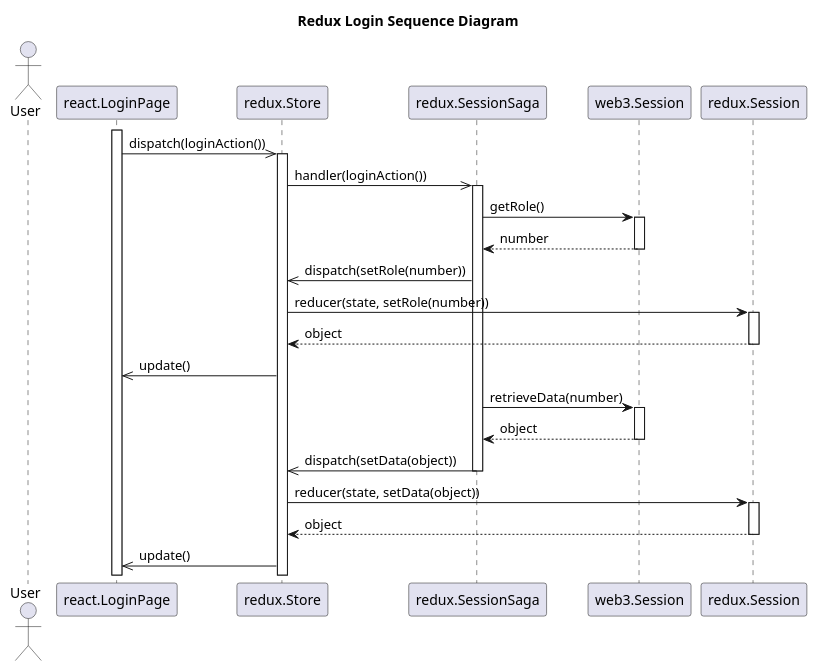
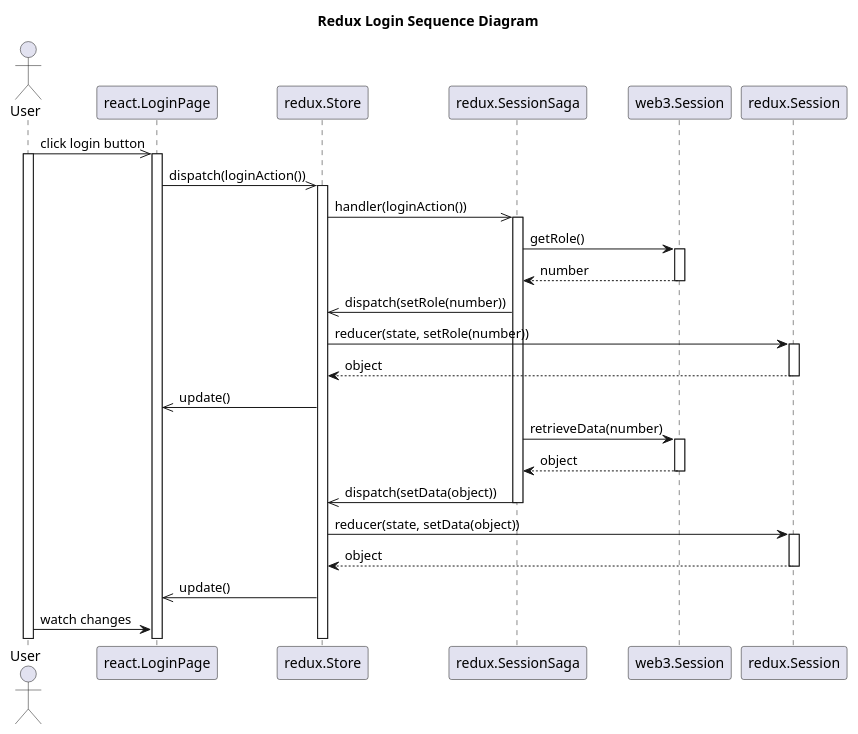
One commit to M9k/Marvin-Uml changed the diagram in sequenza/redux/login.puml. Above: the diagram before and after it, drawn with PlantUML. The commit also changed 4 other files, not shown here.

Commit message:
Raffinamento UML parte redux

```diff
--- a/sequenza/redux/login.puml
+++ b/sequenza/redux/login.puml
@@ -1,37 +1,40 @@
 @startuml
 title "Redux Login Sequence Diagram"
 
 actor User
 participant react.LoginPage
 participant redux.Store
 participant redux.SessionSaga
 participant web3.Session
 participant redux.Session
 
+User ->> react.LoginPage: click login button
+activate User
 activate react.LoginPage
 react.LoginPage ->> redux.Store: dispatch(loginAction())
 activate redux.Store
 redux.Store ->> redux.SessionSaga: handler(loginAction())
 activate redux.SessionSaga
 redux.SessionSaga -> web3.Session: getRole()
 activate web3.Session
 web3.Session --> redux.SessionSaga: number
 deactivate web3.Session
 redux.SessionSaga ->> redux.Store: dispatch(setRole(number))
 redux.Store -> redux.Session: reducer(state, setRole(number))
 activate redux.Session
 redux.Session --> redux.Store: object
 deactivate redux.Session
 redux.Store ->> react.LoginPage: update()
 redux.SessionSaga -> web3.Session: retrieveData(number)
 activate web3.Session
 web3.Session --> redux.SessionSaga: object
 deactivate web3.Session
 redux.SessionSaga ->> redux.Store: dispatch(setData(object))
 deactivate redux.SessionSaga
 redux.Store -> redux.Session: reducer(state, setData(object))
 activate redux.Session
 redux.Session --> redux.Store: object
 deactivate redux.Session
 redux.Store ->> react.LoginPage: update()
+User -> react.LoginPage: watch changes
 @enduml
```
